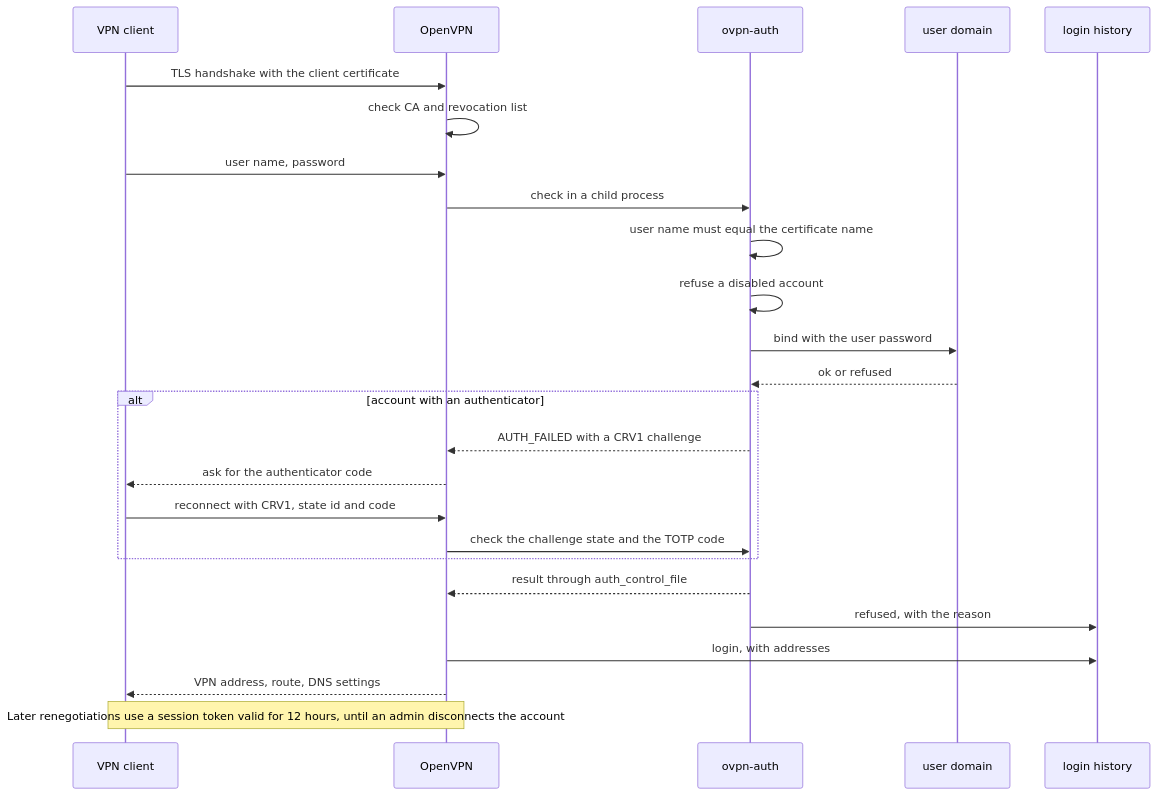
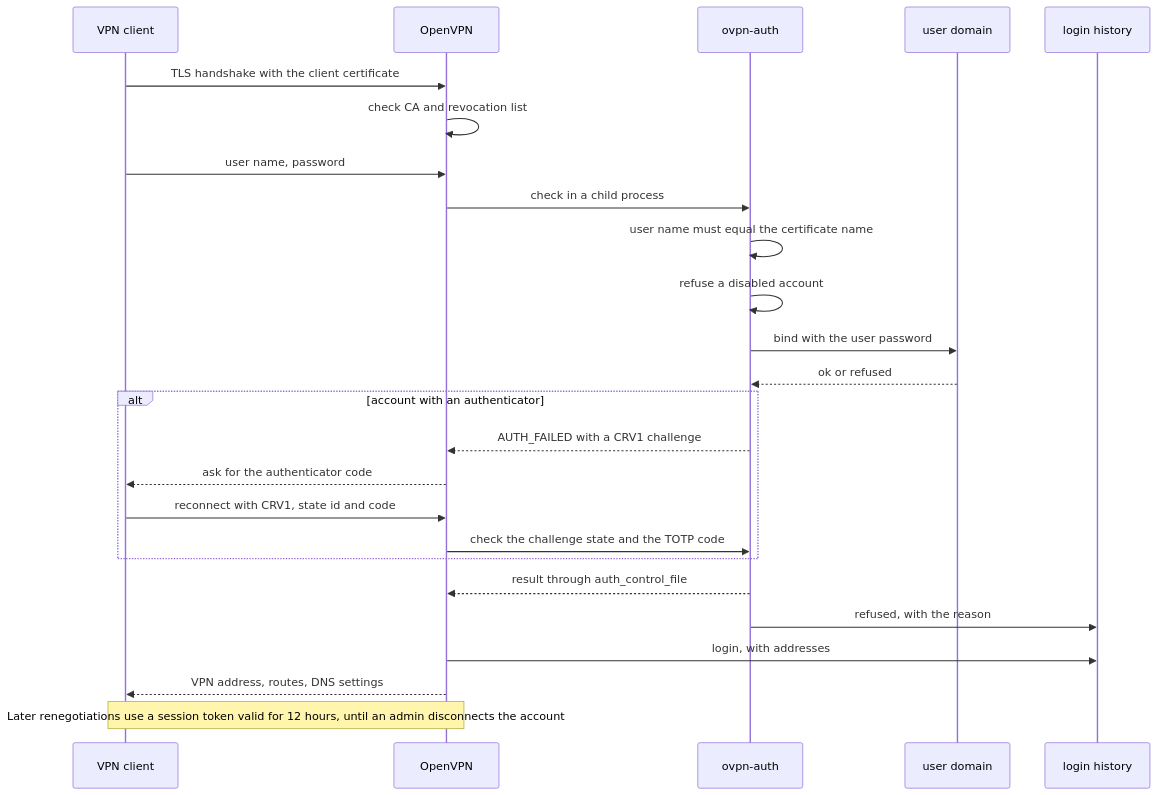
The second of 7 diagrams in docs/network.md (stephdl/ns8-roadwarrior), drawn with Mermaid before and after one commit. The commit also changed other lines of this file and 64 other files, not shown here.

````diff
--- a/docs/network.md
+++ b/docs/network.md
@@ -47,28 +53,28 @@
 ```mermaid
 sequenceDiagram
     participant C as VPN client
     participant O as OpenVPN
     participant A as ovpn-auth
     participant L as user domain
     participant H as login history
 
     C->>O: TLS handshake with the client certificate
     O->>O: check CA and revocation list
     C->>O: user name, password
     O->>A: check in a child process
     A->>A: user name must equal the certificate name
     A->>A: refuse a disabled account
     A->>L: bind with the user password
     L-->>A: ok or refused
     alt account with an authenticator
         A-->>O: AUTH_FAILED with a CRV1 challenge
         O-->>C: ask for the authenticator code
         C->>O: reconnect with CRV1, state id and code
         O->>A: check the challenge state and the TOTP code
     end
     A-->>O: result through auth_control_file
     A->>H: refused, with the reason
     O->>H: login, with addresses
-    O-->>C: VPN address, route, DNS settings
+    O-->>C: VPN address, routes, DNS settings
     Note over C,O: Later renegotiations use a session token valid for 12 hours, until an admin disconnects the account
 ```
````
